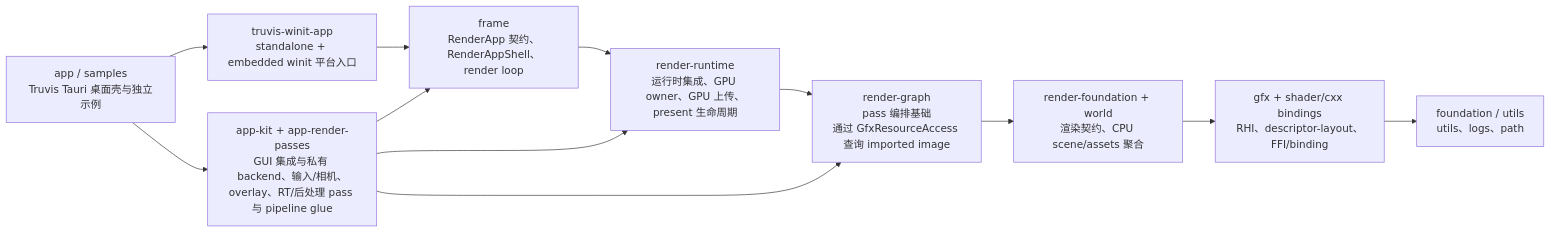
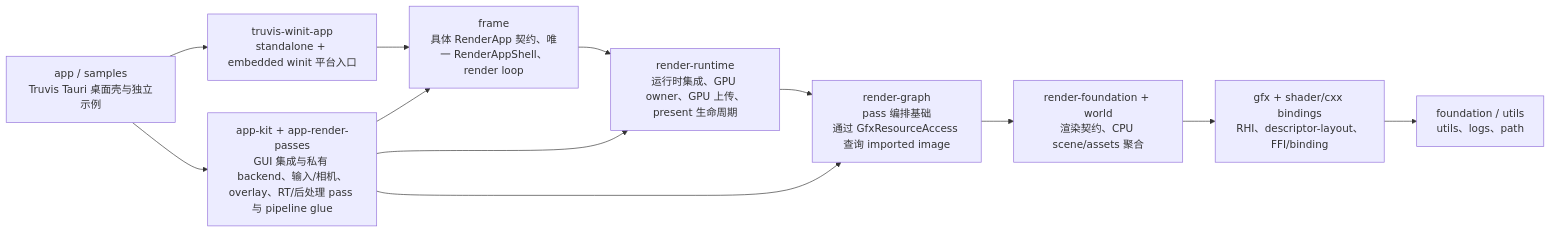
The second of 2 diagrams in docs/summaries/layering-and-dependency-boundaries.md (acccoco/TruvisRenderer), drawn with Mermaid before and after one commit. The commit also changed other lines of this file and 24 other files, not shown here.

Commit message:
[update/app-frame] 收敛 RenderApp 契约并非泛型化 RenderAppShell

````diff
--- a/docs/summaries/layering-and-dependency-boundaries.md
+++ b/docs/summaries/layering-and-dependency-boundaries.md
@@ -36,16 +36,16 @@
 ```mermaid
 flowchart LR
     Foundation["foundation / utils<br/>utils、logs、path"]
     Gfx["gfx + shader/cxx bindings<br/>RHI、descriptor-layout、FFI/binding"]
     Core["render-foundation + world<br/>渲染契约、CPU scene/assets 聚合"]
     RenderDomain["render-graph<br/>pass 编排基础<br/>通过 GfxResourceAccess 查询 imported image"]
     Runtime["render-runtime<br/>运行时集成、GPU owner、GPU 上传、present 生命周期"]
-    Frame["frame<br/>RenderApp 契约、RenderAppShell、render loop"]
+    Frame["frame<br/>具体 RenderApp 契约、唯一 RenderAppShell、render loop"]
     AppKit["app-kit + app-render-passes<br/>GUI 集成与私有 backend、输入/相机、overlay、RT/后处理 pass 与 pipeline glue"]
     App["app / samples<br/>Truvis Tauri 桌面壳与独立示例"]
     Platform["truvis-winit-app<br/>standalone + embedded winit 平台入口"]
     App --> Platform --> Frame --> Runtime --> RenderDomain --> Core --> Gfx --> Foundation
     App --> AppKit --> Frame
     AppKit --> Runtime
     AppKit --> RenderDomain
 ```
````
